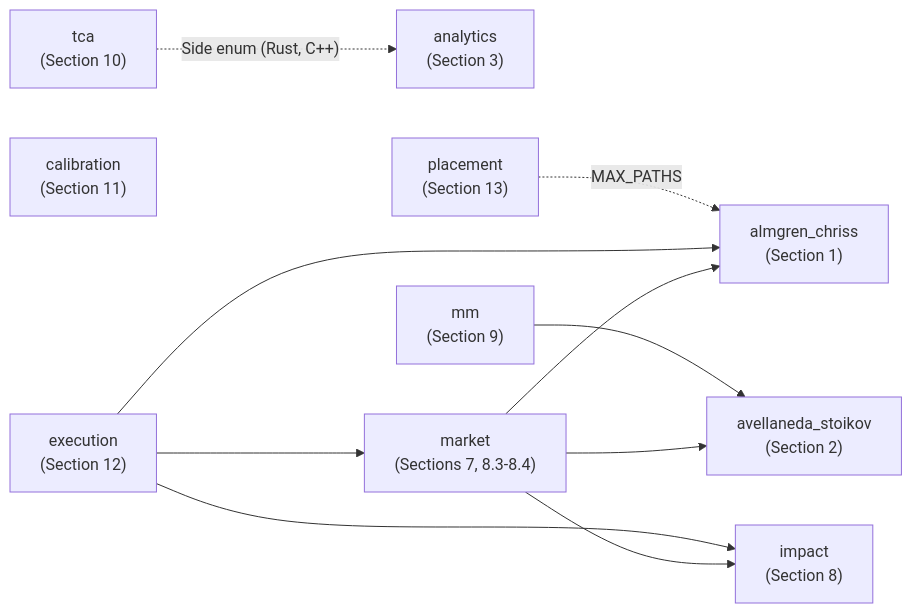
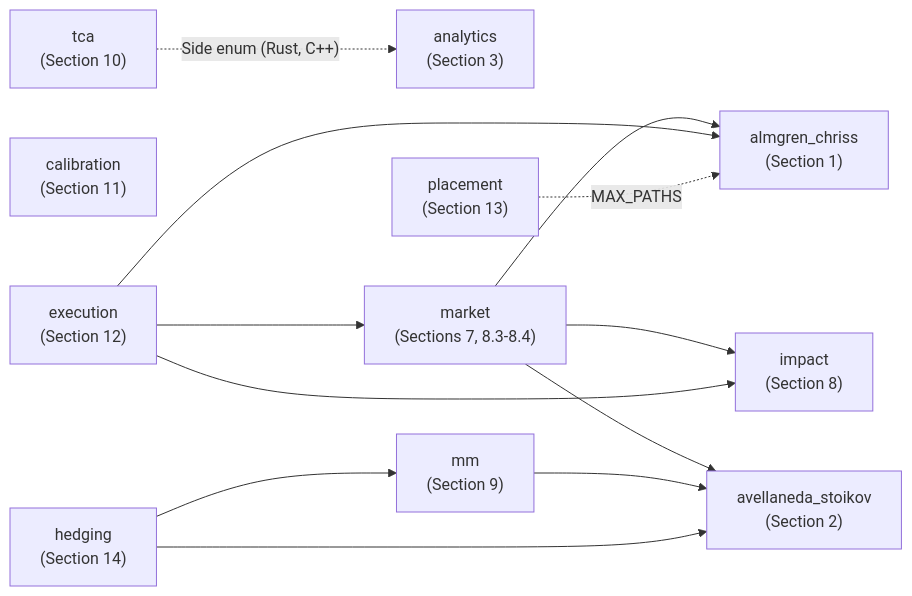
Before and after one commit to AshJha0/electronic-trading: the diagram in docs/diagrams/module_deps.mmd, drawn with Mermaid. The commit also changed 24 other files, not shown here.

```diff
--- a/docs/diagrams/module_deps.mmd
+++ b/docs/diagrams/module_deps.mmd
@@ -1,21 +1,24 @@
 flowchart LR
     AC["almgren_chriss<br/>(Section 1)"]
     AS["avellaneda_stoikov<br/>(Section 2)"]
     AN["analytics<br/>(Section 3)"]
     IM["impact<br/>(Section 8)"]
     MK["market<br/>(Sections 7, 8.3-8.4)"]
     TC["tca<br/>(Section 10)"]
     CA["calibration<br/>(Section 11)"]
     EX["execution<br/>(Section 12)"]
     MM["mm<br/>(Section 9)"]
     PL["placement<br/>(Section 13)"]
+    HG["hedging<br/>(Section 14)"]
 
     MK --> AC
     MK --> AS
     MK --> IM
     EX --> AC
     EX --> IM
     EX --> MK
     MM --> AS
+    HG --> MM
+    HG --> AS
     PL -. "MAX_PATHS" .-> AC
     TC -. "Side enum (Rust, C++)" .-> AN
```
